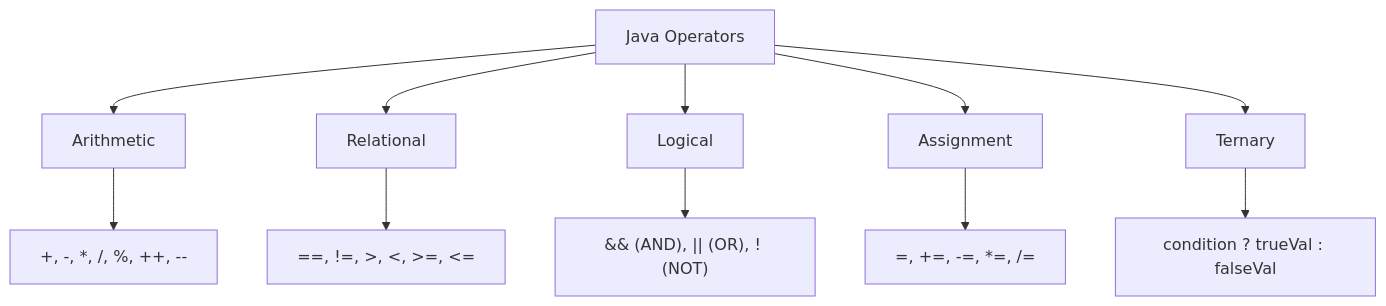
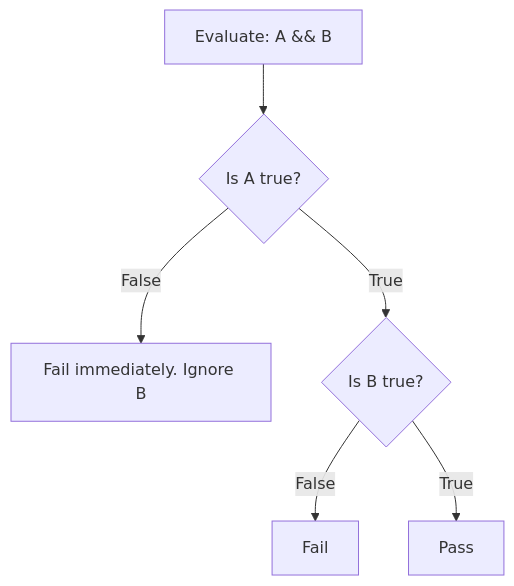
One commit to sivanagaraju/java_springboot changed the diagram in 00-java-foundation/01-java-basics/explanation/03-operators.md. Above: the diagram before and after it, drawn with Mermaid. The commit also changed other lines of this file and 90 other files, not shown here.

Commit message:
feat: Add comprehensive learning materials covering Java fundamentals, Spring Boot architecture, and data access with JPA, including explanations, exercises, and demo code.

````diff
--- a/00-java-foundation/01-java-basics/explanation/03-operators.md
+++ b/00-java-foundation/01-java-basics/explanation/03-operators.md
@@ -37,14 +50,8 @@
 ```mermaid
 flowchart TD
-    A[Java Operators] --> B[Arithmetic]
-    A --> C[Relational]
-    A --> D[Logical]
-    A --> E[Assignment]
-    A --> F[Ternary]
-    
-    B --> B1["+, -, *, /, %, ++, --"]
-    C --> C1["==, !=, >, <, >=, <="]
-    D --> D1["&& (AND), || (OR), ! (NOT)"]
-    E --> E1["=, +=, -=, *=, /="]
-    F --> F1["condition ? trueVal : falseVal"]
+  A[Evaluate: A && B] --> B{Is A true?}
+  B -->|False| C[Fail immediately. Ignore B]
+  B -->|True| D{Is B true?}
+  D -->|False| E[Fail]
+  D -->|True| F[Pass]
 ```
````
